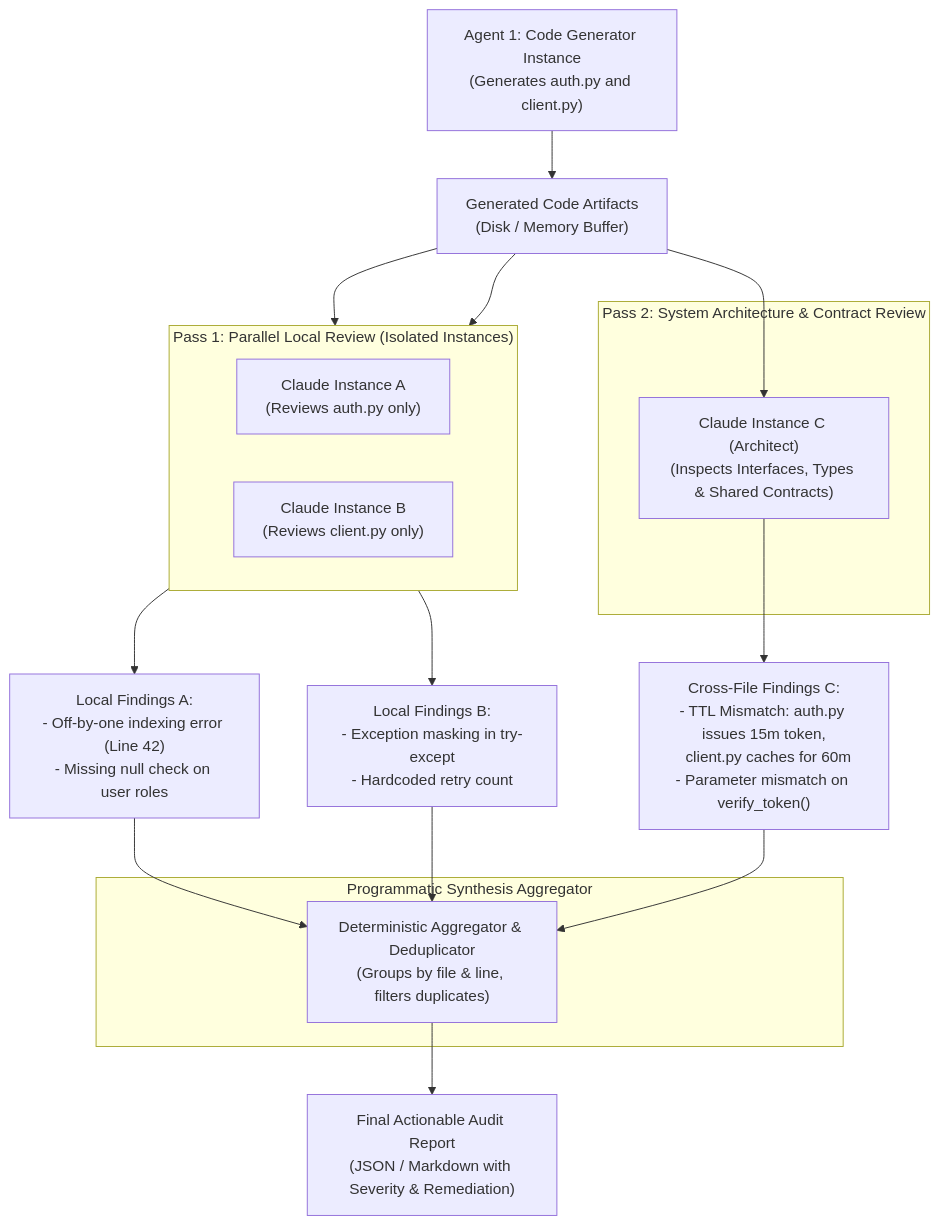
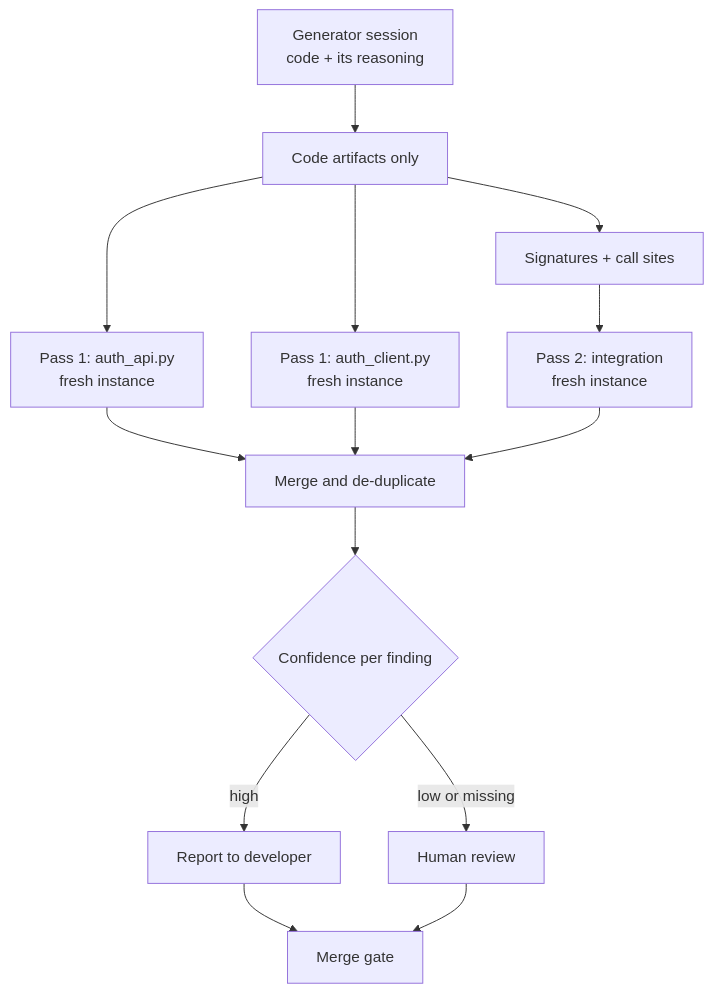
One commit to dip4k/claude_cert_architect_foundation_prep changed the diagram in domain4/ts_4_6_multi_pass_review/README.md. Above: the diagram before and after it, drawn with Mermaid. The commit also changed other lines of this file and 133 other files, not shown here.

````diff
--- a/domain4/ts_4_6_multi_pass_review/README.md
+++ b/domain4/ts_4_6_multi_pass_review/README.md
@@ -57,33 +94,16 @@
 ```mermaid
 flowchart TD
-    Generator["Agent 1: Code Generator Instance<br>(Generates auth.py and client.py)"] --> Artifacts["Generated Code Artifacts<br>(Disk / Memory Buffer)"]
-    
-    subgraph Pass1["Pass 1: Parallel Local Review (Isolated Instances)"]
-        direction LR
-        ReviewerA["Claude Instance A<br>(Reviews auth.py only)"]
-        ReviewerB["Claude Instance B<br>(Reviews client.py only)"]
-    end
-    
-    Artifacts --> ReviewerA
-    Artifacts --> ReviewerB
-    
-    ReviewerA --> FindingsA["Local Findings A:<br>- Off-by-one indexing error (Line 42)<br>- Missing null check on user roles"]
-    ReviewerB --> FindingsB["Local Findings B:<br>- Exception masking in try-except<br>- Hardcoded retry count"]
-    
-    subgraph Pass2["Pass 2: System Architecture & Contract Review"]
-        ReviewerC["Claude Instance C (Architect)<br>(Inspects Interfaces, Types & Shared Contracts)"]
-    end
-    
-    Artifacts --> ReviewerC
-    ReviewerC --> ContractFindings["Cross-File Findings C:<br>- TTL Mismatch: auth.py issues 15m token,<br>  client.py caches for 60m<br>- Parameter mismatch on verify_token()"]
-    
-    subgraph Aggregation["Programmatic Synthesis Aggregator"]
-        Aggregator["Deterministic Aggregator & Deduplicator<br>(Groups by file & line, filters duplicates)"]
-    end
-    
-    FindingsA --> Aggregator
-    FindingsB --> Aggregator
-    ContractFindings --> Aggregator
-    
-    Aggregator --> AuditReport["Final Actionable Audit Report<br>(JSON / Markdown with Severity & Remediation)"]
+    Gen["Generator session<br>code + its reasoning"] --> Code["Code artifacts only"]
+    Code --> A["Pass 1: auth_api.py<br>fresh instance"]
+    Code --> B["Pass 1: auth_client.py<br>fresh instance"]
+    Code --> Sig["Signatures + call sites"]
+    Sig --> C["Pass 2: integration<br>fresh instance"]
+    A --> Merge["Merge and de-duplicate"]
+    B --> Merge
+    C --> Merge
+    Merge --> Conf{"Confidence per finding"}
+    Conf -->|"high"| Report["Report to developer"]
+    Conf -->|"low or missing"| Human["Human review"]
+    Report --> Gate["Merge gate"]
+    Human --> Gate
 ```
````
